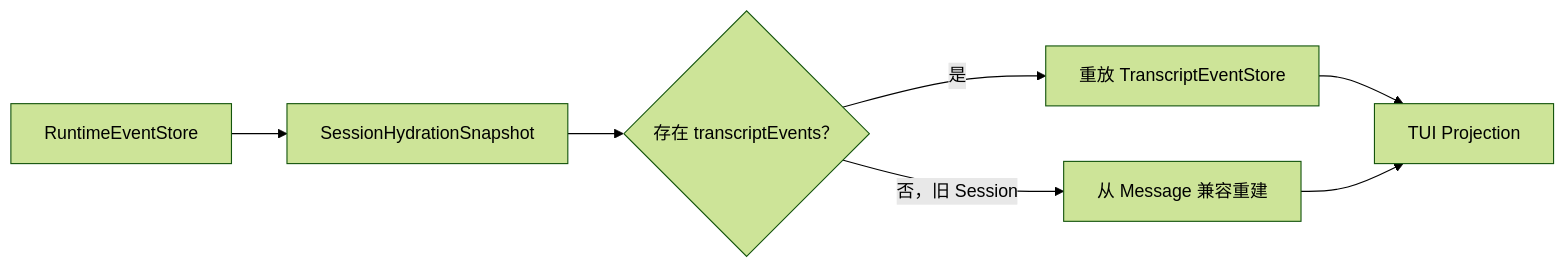
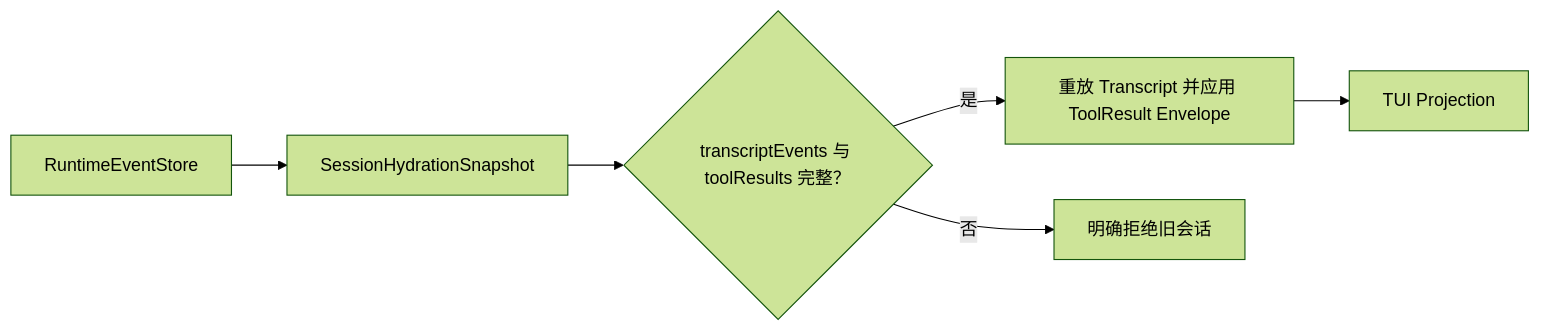
The diagram in docs/architecture/09-architecture-debt-remediation.md (99Gaoxiaoqi/pico-harness), drawn with Mermaid (forest theme) before and after one commit. The commit also changed other lines of this file and 125 other files, not shown here.

````diff
--- a/docs/architecture/09-architecture-debt-remediation.md
+++ b/docs/architecture/09-architecture-debt-remediation.md
@@ -72,9 +75,8 @@
 ```mermaid
 flowchart LR
   Runtime["RuntimeEventStore"] --> Snapshot["SessionHydrationSnapshot"]
-  Snapshot --> HasEvents{"存在 transcriptEvents？"}
-  HasEvents -->|是| Replay["重放 TranscriptEventStore"]
-  HasEvents -->|否，旧 Session| Legacy["从 Message 兼容重建"]
+  Snapshot --> Validate{"transcriptEvents 与 toolResults 完整？"}
+  Validate -->|是| Replay["重放 Transcript 并应用 ToolResult Envelope"]
+  Validate -->|否| Reject["明确拒绝旧会话"]
   Replay --> TUI["TUI Projection"]
-  Legacy --> TUI
 ```
````
